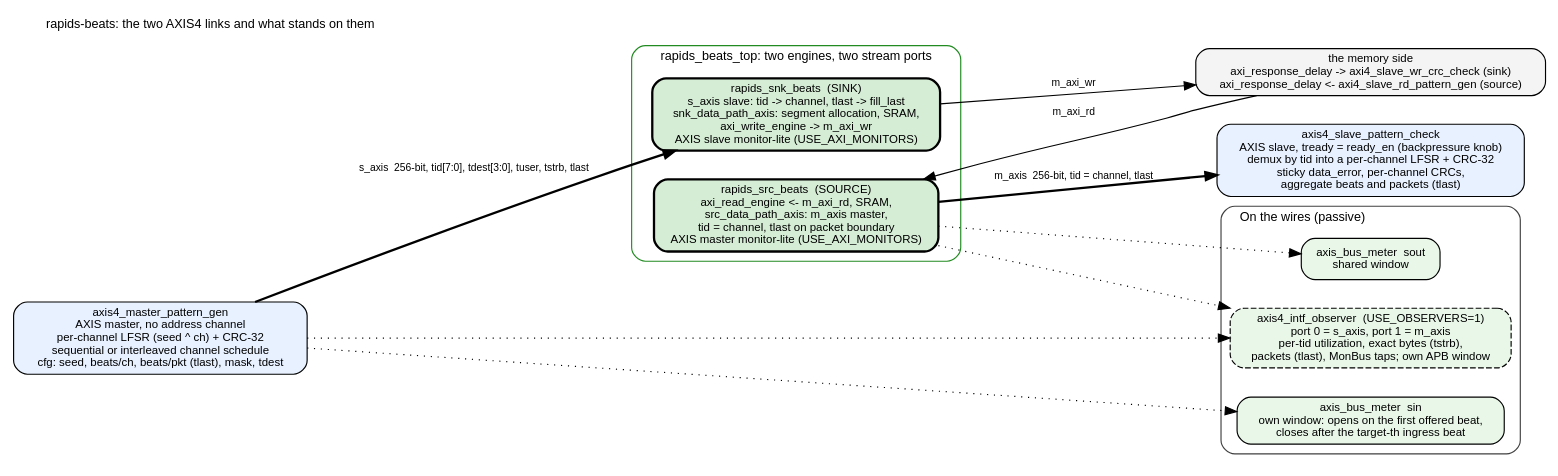
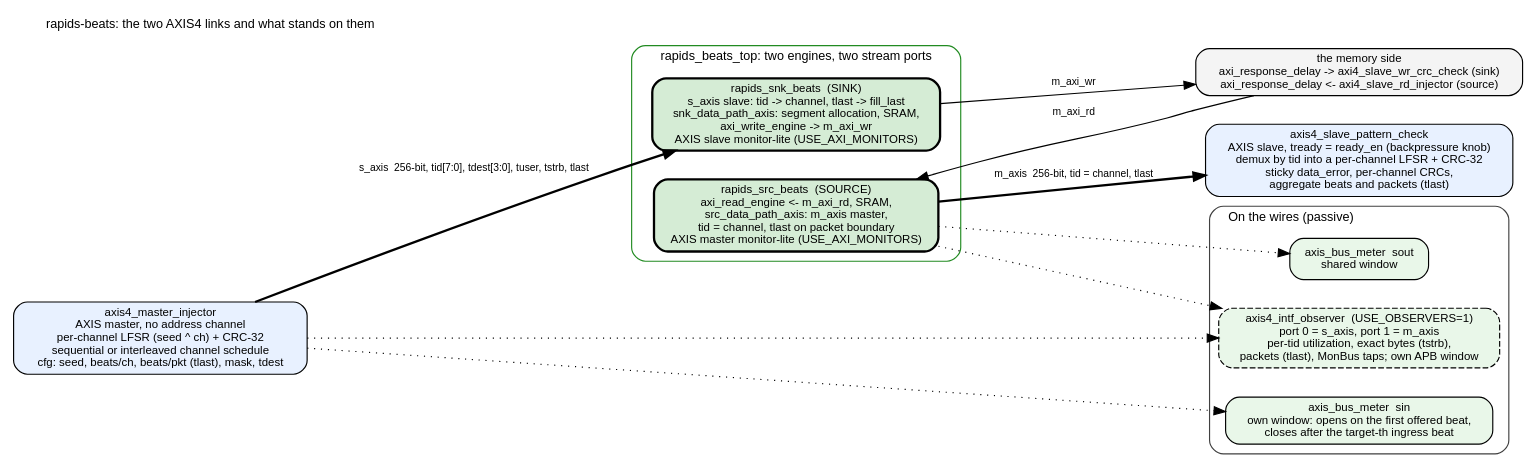
One commit to sean-galloway/RTLDesignSherpa changed the diagram in projects/fpga-systems/Genesys2/dma-ip/rapids_beats/docs/rapids_axis_system/assets/graphviz/01_two_axis_links.dot. Above: the diagram before and after it, drawn with Graphviz. The commit also changed 105 other files, not shown here.

First line of the commit message:
refactor(amba): rename characterization *pattern_gen blocks to *injector

```diff
--- a/projects/fpga-systems/Genesys2/dma-ip/rapids_beats/docs/rapids_axis_system/assets/graphviz/01_two_axis_links.dot
+++ b/projects/fpga-systems/Genesys2/dma-ip/rapids_beats/docs/rapids_axis_system/assets/graphviz/01_two_axis_links.dot
@@ -1,31 +1,31 @@
 // The two AXIS4 links of the rapids-beats system and everything that stands on them.
 digraph two_axis_links {
     graph [rankdir=LR, fontname="Helvetica", fontsize=11, nodesep=0.35, ranksep=0.7,
            label="rapids-beats: the two AXIS4 links and what stands on them", labelloc=t, labeljust=l];
     node  [fontname="Helvetica", fontsize=10, shape=box, style="rounded,filled", fillcolor="#f4f4f4"];
     edge  [fontname="Helvetica", fontsize=9];
 
-    gen [label="axis4_master_pattern_gen\nAXIS master, no address channel\nper-channel LFSR (seed ^ ch) + CRC-32\nsequential or interleaved channel schedule\ncfg: seed, beats/ch, beats/pkt (tlast), mask, tdest", fillcolor="#e8f1ff"];
+    gen [label="axis4_master_injector\nAXIS master, no address channel\nper-channel LFSR (seed ^ ch) + CRC-32\nsequential or interleaved channel schedule\ncfg: seed, beats/ch, beats/pkt (tlast), mask, tdest", fillcolor="#e8f1ff"];
     chk [label="axis4_slave_pattern_check\nAXIS slave, tready = ready_en (backpressure knob)\ndemux by tid into a per-channel LFSR + CRC-32\nsticky data_error, per-channel CRCs,\naggregate beats and packets (tlast)", fillcolor="#e8f1ff"];
 
     subgraph cluster_dut {
         label="rapids_beats_top: two engines, two stream ports"; style="rounded"; color="#228B22";
         snk [label="rapids_snk_beats  (SINK)\ns_axis slave: tid -> channel, tlast -> fill_last\nsnk_data_path_axis: segment allocation, SRAM,\naxi_write_engine -> m_axi_wr\nAXIS slave monitor-lite (USE_AXI_MONITORS)", fillcolor="#d5ecd5", penwidth=2];
         src [label="rapids_src_beats  (SOURCE)\naxi_read_engine <- m_axi_rd, SRAM,\nsrc_data_path_axis: m_axis master,\ntid = channel, tlast on packet boundary\nAXIS master monitor-lite (USE_AXI_MONITORS)", fillcolor="#d5ecd5", penwidth=2];
     }
 
     subgraph cluster_meas {
         label="On the wires (passive)"; style="rounded"; color="#404040";
         msin [label="axis_bus_meter  sin\nown window: opens on the first offered beat,\ncloses after the target-th ingress beat", fillcolor="#e9f7e9"];
         msout [label="axis_bus_meter  sout\nshared window", fillcolor="#e9f7e9"];
         obs [label="axis4_intf_observer  (USE_OBSERVERS=1)\nport 0 = s_axis, port 1 = m_axis\nper-tid utilization, exact bytes (tstrb),\npackets (tlast), MonBus taps; own APB window", fillcolor="#e9f7e9", style="rounded,filled,dashed"];
     }
 
-    mem [label="the memory side\naxi_response_delay -> axi4_slave_wr_crc_check (sink)\naxi_response_delay <- axi4_slave_rd_pattern_gen (source)", fillcolor="#f4f4f4"];
+    mem [label="the memory side\naxi_response_delay -> axi4_slave_wr_crc_check (sink)\naxi_response_delay <- axi4_slave_rd_injector (source)", fillcolor="#f4f4f4"];
 
     gen -> snk [label="s_axis  256-bit, tid[7:0], tdest[3:0], tuser, tstrb, tlast", penwidth=2];
     src -> chk [label="m_axis  256-bit, tid = channel, tlast", penwidth=2];
     snk -> mem [label="m_axi_wr"]; mem -> src [label="m_axi_rd"];
     gen -> msin [style=dotted]; src -> msout [style=dotted];
     gen -> obs [style=dotted]; src -> obs [style=dotted];
 }
```
